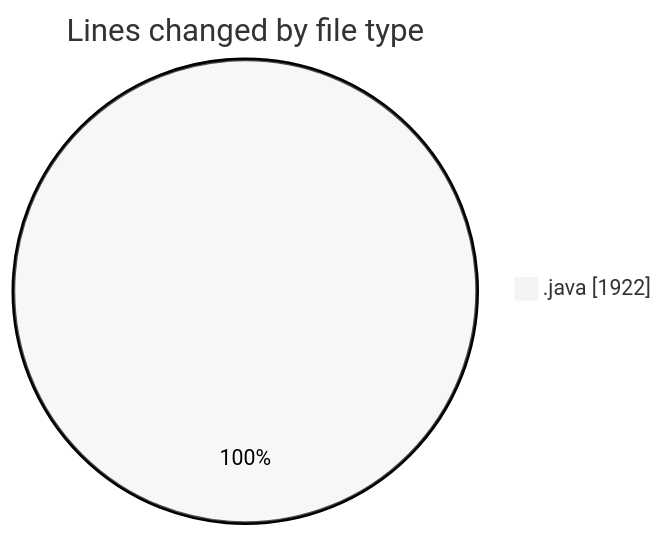
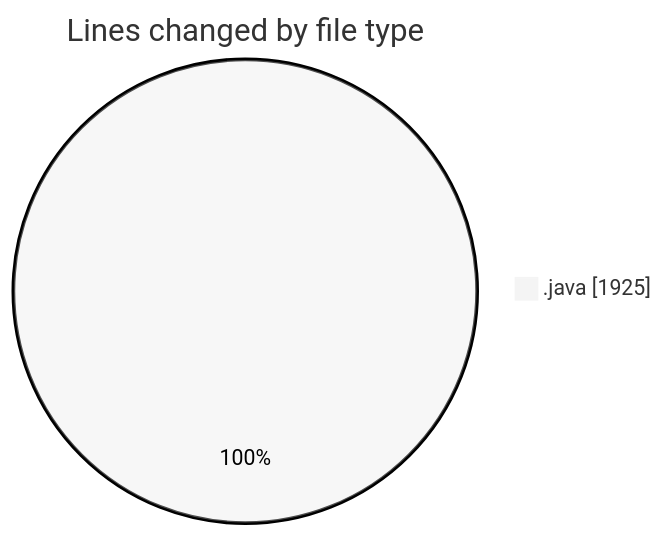
One commit to ricardozamudiocil/code-tracking changed the first of 2 diagrams in 2026-04-23/cilapp/README.md. Above: the diagram before and after it, drawn with Mermaid (neutral theme). The commit also changed other lines of this file and 1 other file, not shown here.

````diff
--- a/2026-04-23/cilapp/README.md
+++ b/2026-04-23/cilapp/README.md
@@ -30,5 +30,5 @@
 ```mermaid
 pie showData
 title Lines changed by file type
-".java" : 1922
+".java" : 1925
 ```
````
